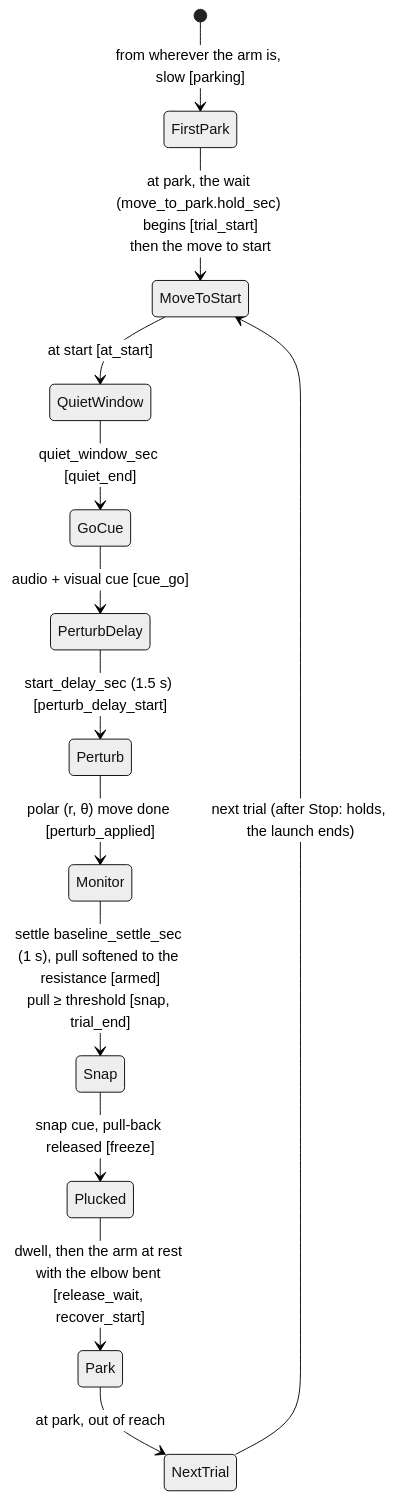
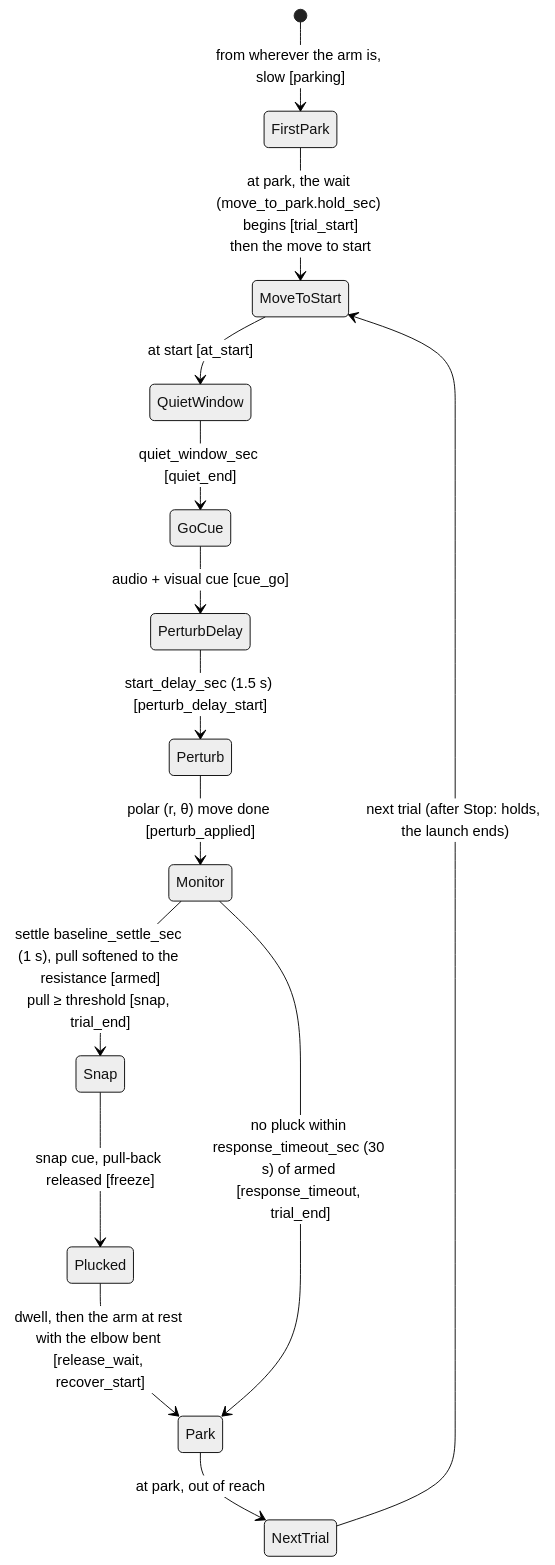
Before and after one commit to sinthlab/sinthlab-kuka-stack: the sixth of 9 diagrams in README.md, drawn with Mermaid (neutral theme). The commit also changed other lines of this file and 18 other files, not shown here.

````diff
--- a/README.md
+++ b/README.md
@@ -1953,15 +1974,16 @@
 ```mermaid
 stateDiagram-v2
     [*] --> FirstPark : from wherever the arm is, slow [parking]
     FirstPark --> MoveToStart : at park, the wait (move_to_park.hold_sec) begins [trial_start]<br/>then the move to start
     MoveToStart --> QuietWindow : at start [at_start]
     QuietWindow --> GoCue : quiet_window_sec [quiet_end]
     GoCue --> PerturbDelay : audio + visual cue [cue_go]
     PerturbDelay --> Perturb : start_delay_sec (1.5 s) [perturb_delay_start]
     Perturb --> Monitor : polar (r, θ) move done [perturb_applied]
     Monitor --> Snap : settle baseline_settle_sec (1 s), pull softened to the resistance [armed]<br/>pull ≥ threshold [snap, trial_end]
     Snap --> Plucked : snap cue, pull-back released [freeze]
     Plucked --> Park : dwell, then the arm at rest with the elbow bent [release_wait, recover_start]
+    Monitor --> Park : no pluck within response_timeout_sec (30 s) of armed [response_timeout, trial_end]
     Park --> NextTrial : at park, out of reach
     NextTrial --> MoveToStart : next trial (after Stop: holds, the launch ends)
 ```
````
